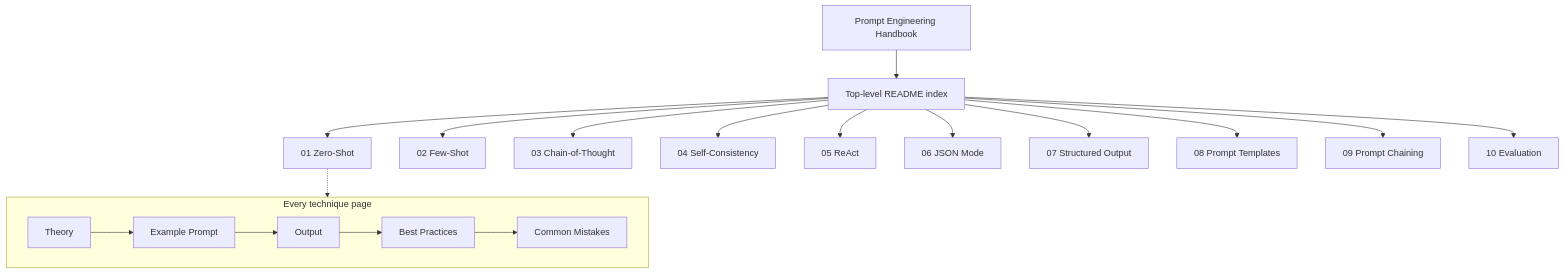
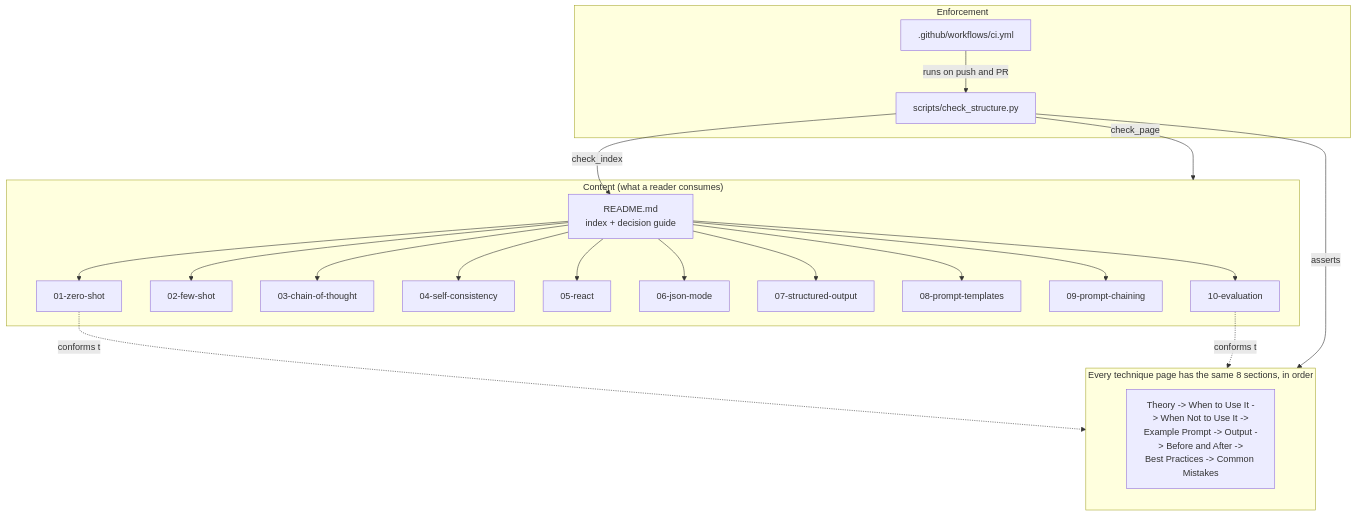
The diagram in README.md (ranjan-del/prompt-engineering), drawn with Mermaid before and after one commit. The commit also changed other lines of this file and 11 other files, not shown here.

First line of the commit message:
Expand the handbook content across all ten technique pages

````diff
--- a/README.md
+++ b/README.md
@@ -9,21 +34,34 @@
 ```mermaid
 flowchart TD
-    ROOT[Prompt Engineering Handbook] --> IDX[Top-level README index]
-    IDX --> T01[01 Zero-Shot]
-    IDX --> T02[02 Few-Shot]
-    IDX --> T03[03 Chain-of-Thought]
-    IDX --> T04[04 Self-Consistency]
-    IDX --> T05[05 ReAct]
-    IDX --> T06[06 JSON Mode]
-    IDX --> T07[07 Structured Output]
-    IDX --> T08[08 Prompt Templates]
-    IDX --> T09[09 Prompt Chaining]
-    IDX --> T10[10 Evaluation]
-
-    subgraph PAGE[Every technique page]
-      direction LR
-      S1[Theory] --> S2[Example Prompt] --> S3[Output] --> S4[Best Practices] --> S5[Common Mistakes]
+    subgraph CONTENT["Content (what a reader consumes)"]
+        IDX["README.md<br/>index + decision guide"]
+        IDX --> T01["01-zero-shot"]
+        IDX --> T02["02-few-shot"]
+        IDX --> T03["03-chain-of-thought"]
+        IDX --> T04["04-self-consistency"]
+        IDX --> T05["05-react"]
+        IDX --> T06["06-json-mode"]
+        IDX --> T07["07-structured-output"]
+        IDX --> T08["08-prompt-templates"]
+        IDX --> T09["09-prompt-chaining"]
+        IDX --> T10["10-evaluation"]
     end
 
-    T01 -.-> PAGE
+    subgraph SHAPE["Every technique page has the same 8 sections, in order"]
+        direction TB
+        S["Theory -> When to Use It -> When Not to Use It -><br/>Example Prompt -> Output -> Before and After -><br/>Best Practices -> Common Mistakes"]
+    end
+
+    subgraph CI["Enforcement"]
+        CHK["scripts/check_structure.py"]
+        GHA[".github/workflows/ci.yml"]
+    end
+
+    T01 -.conforms to.-> SHAPE
+    T10 -.conforms to.-> SHAPE
+
+    GHA -->|runs on push and PR| CHK
+    CHK -->|check_page| CONTENT
+    CHK -->|check_index| IDX
+    CHK -->|asserts| SHAPE
 ```
````
